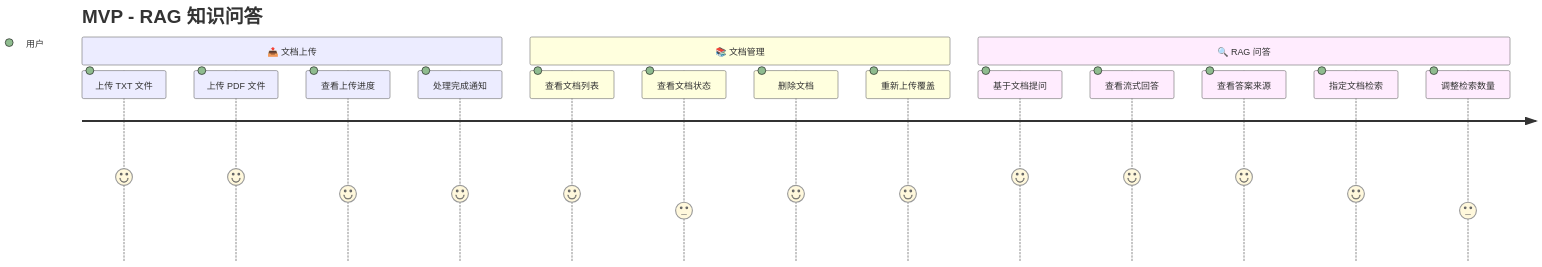
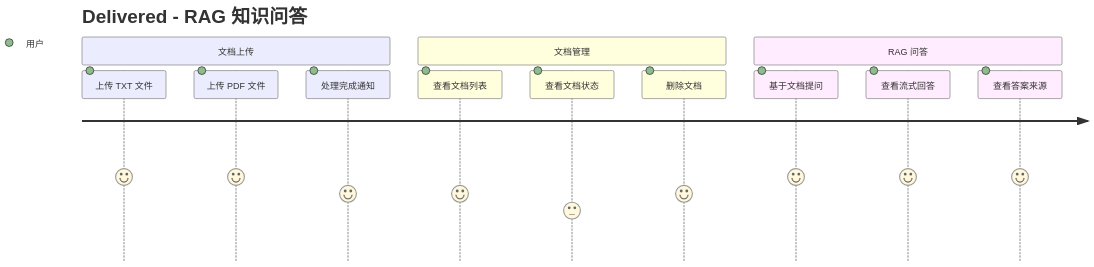
The third of 14 diagrams in docs/User-Story-Map.md (felixzhu97/explore-ai), drawn with Mermaid before and after one commit. The commit also changed other lines of this file and 13 other files, not shown here.

````diff
--- a/docs/User-Story-Map.md
+++ b/docs/User-Story-Map.md
@@ -61,20 +76,16 @@
 ```mermaid
 journey
-    title MVP - RAG 知识问答
-    section 📤 文档上传
+    title Delivered - RAG 知识问答
+    section 文档上传
         上传 TXT 文件: 5: 用户
         上传 PDF 文件: 5: 用户
-        查看上传进度: 4: 用户
         处理完成通知: 4: 用户
-    section 📚 文档管理
+    section 文档管理
         查看文档列表: 4: 用户
         查看文档状态: 3: 用户
         删除文档: 4: 用户
-        重新上传覆盖: 4: 用户
-    section 🔍 RAG 问答
+    section RAG 问答
         基于文档提问: 5: 用户
         查看流式回答: 5: 用户
         查看答案来源: 5: 用户
-        指定文档检索: 4: 用户
-        调整检索数量: 3: 用户
 ```
````
